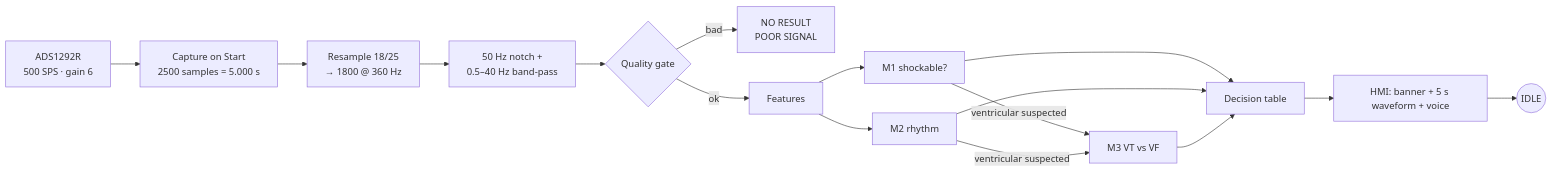
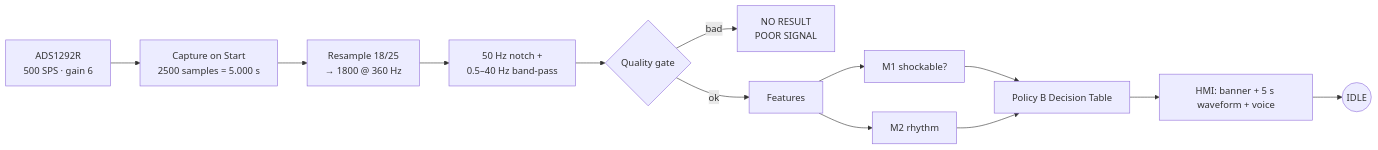
One commit to daphstarina22/ecg-arrhythmia-edge-ai changed the diagram in README.md. Above: the diagram before and after it, drawn with Mermaid. The commit also changed other lines of this file, not shown here.

Commit message:
docs: update README architecture and flowchart to reflect Policy B runtime

````diff
--- a/README.md
+++ b/README.md
@@ -28,15 +28,14 @@
 ```mermaid
 flowchart LR
     A[ADS1292R<br/>500 SPS · gain 6] --> B[Capture on Start<br/>2500 samples = 5.000 s]
     B --> C[Resample 18/25<br/>→ 1800 @ 360 Hz]
     C --> D[50 Hz notch +<br/>0.5–40 Hz band-pass]
     D --> E{Quality gate}
     E -- bad --> X[NO RESULT<br/>POOR SIGNAL]
     E -- ok --> F[Features]
     F --> M1[M1 shockable?]
     F --> M2[M2 rhythm]
-    M1 & M2 -- ventricular suspected --> M3[M3 VT vs VF]
-    M1 & M2 & M3 --> G[Decision table]
+    M1 & M2 --> G[Policy B Decision Table]
     G --> H[HMI: banner + 5 s waveform + voice]
     H --> I((IDLE))
 ```
````
